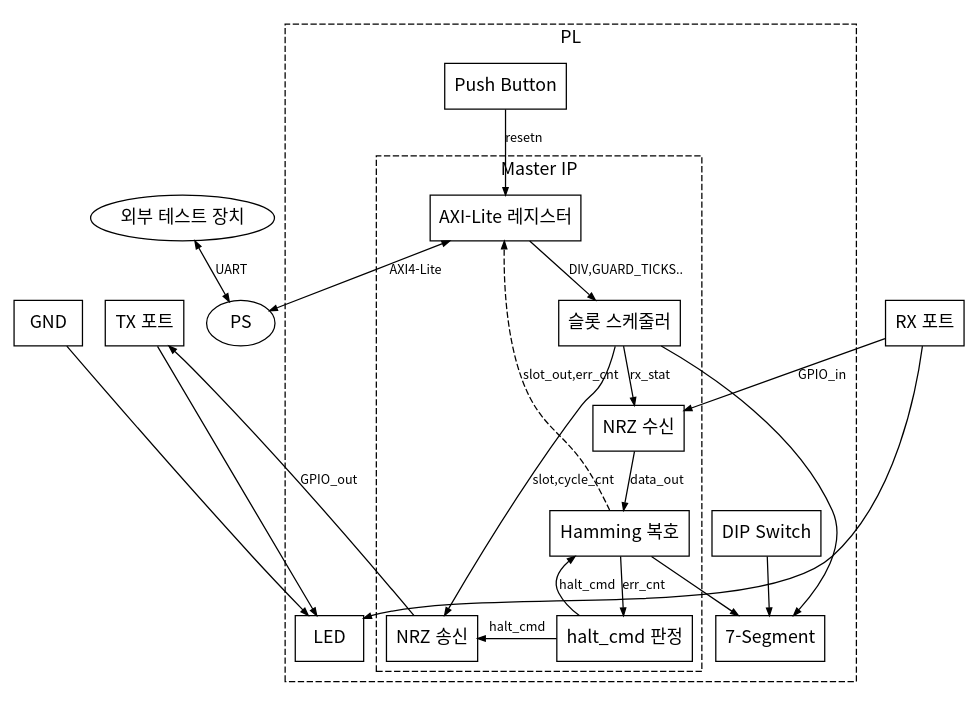
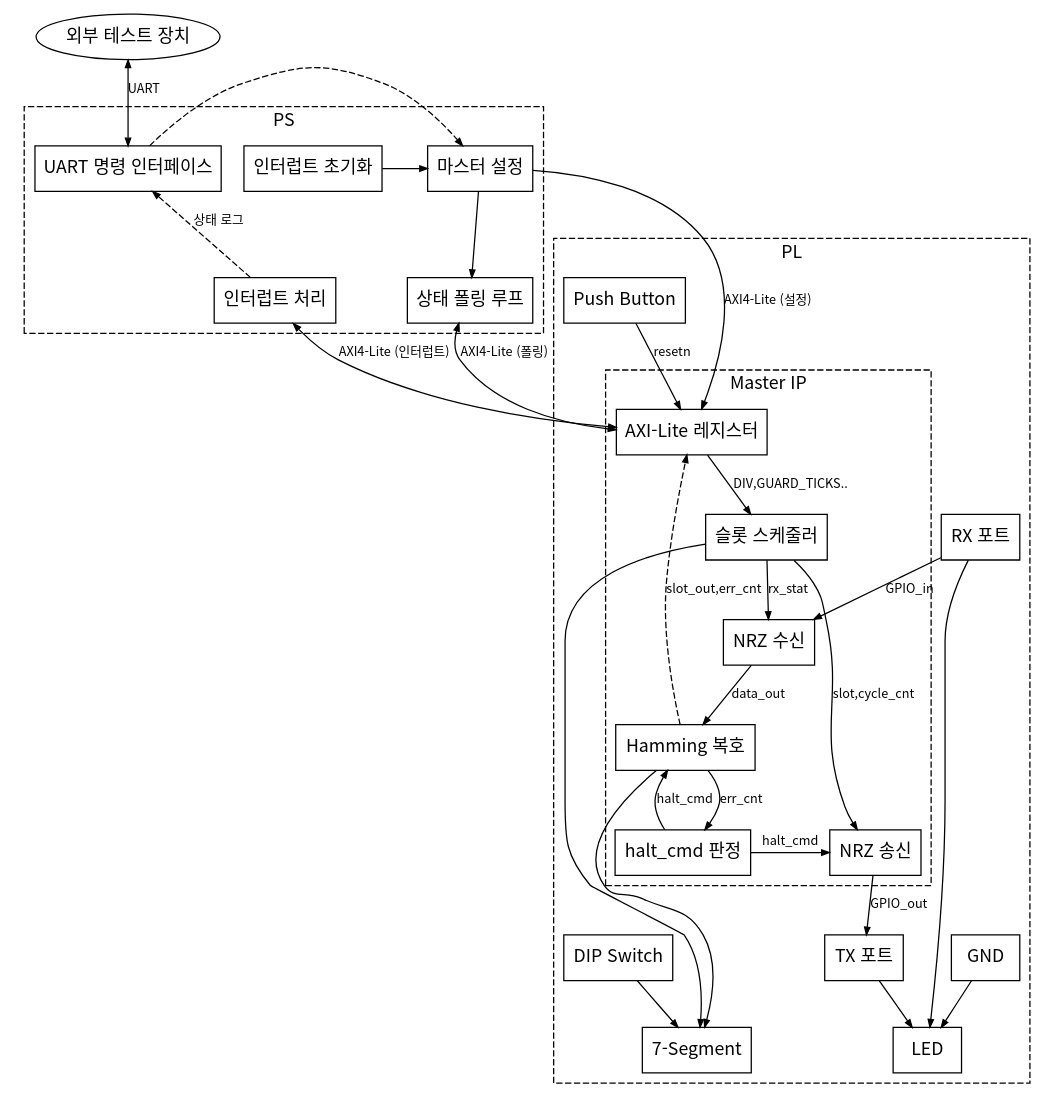
Before and after one commit to Woodong02/SoC_Design_and_Programming: the diagram in diagrams/full_stack.dot, drawn with Graphviz. The commit also changed 1 other file, not shown here.

Commit message:
Add PS-internal dashed block with main.c functional breakdown
PS 내부를 점선 블록으로 표시하고 main.c 분석(에이전트 조사) 기반
5개 기능 블록을 추가: 인터럽트 초기화, 마스터 설정, UART 명령
인터페이스, 인터럽트 처리, 상태 폴링 루프. 디스플레이 관련 경로는
지원 중단되어 제외.

```diff
--- a/diagrams/full_stack.dot
+++ b/diagrams/full_stack.dot
@@ -1,68 +1,88 @@
 digraph G {
     rankdir=TB;
     fontname="Noto Sans CJK KR";
     node [shape=box, fontname="Noto Sans CJK KR", fontsize=14, color=black];
     edge [fontname="Noto Sans CJK KR", fontsize=10, color=black, arrowsize=0.6];
 
     EXT [label="외부 테스트 장치", shape=ellipse];
-    PS  [label="PS", shape=ellipse];
     GND [label="GND"];
     TXP [label="TX 포트"];
     RXP [label="RX 포트"];
 
-    { rank=same; PS; GND; TXP; RXP; }
+    subgraph cluster_ps {
+        label="PS";
+        style=dashed;
+        fontname="Noto Sans CJK KR";
+
+        INIT [label="인터럽트 초기화"];
+        CFG  [label="마스터 설정"];
+        UARTCMD [label="UART 명령 인터페이스"];
+        ISR  [label="인터럽트 처리"];
+        POLL [label="상태 폴링 루프"];
+
+        { rank=same; INIT; CFG; UARTCMD; }
+        { rank=same; ISR; POLL; }
+
+        INIT -> CFG;
+        CFG  -> POLL;
+        UARTCMD -> CFG [style=dashed];
+        ISR  -> UARTCMD [style=dashed, label="상태 로그"];
+    }
+
 
     subgraph cluster_pl {
         label="PL";
         style=dashed;
         fontname="Noto Sans CJK KR";
 
         LED [label="LED"];
         DIP [label="DIP Switch"];
         PB  [label="Push Button"];
         SEG [label="7-Segment"];
 
         subgraph cluster_master {
             label="Master IP";
             style=dashed;
             fontname="Noto Sans CJK KR";
 
             AXI  [label="AXI-Lite 레지스터"];
             SLOT [label="슬롯 스케줄러"];
             RX   [label="NRZ 수신"];
             DEC  [label="Hamming 복호"];
             HALT [label="halt_cmd 판정"];
             TX   [label="NRZ 송신"];
 
             { rank=same; AXI; }
             { rank=same; SLOT; }
             { rank=same; RX; }
             { rank=same; DEC; }
             { rank=same; HALT; TX; }
 
             AXI  -> SLOT [label="DIV,GUARD_TICKS.."];
             SLOT -> RX   [label="rx_stat"];
             RX   -> DEC  [label="data_out"];
             DEC  -> HALT [label="err_cnt"];
             HALT -> TX   [label="halt_cmd"];
             HALT -> DEC  [label="halt_cmd"];
             SLOT -> TX   [label="slot,cycle_cnt"];
             DEC  -> AXI  [label="slot_out,err_cnt", style=dashed];
         }
 
         { rank=same; LED; SEG; }
 
         GND -> LED;
         TXP -> LED;
         RXP -> LED;
         TX  -> TXP [label="GPIO_out"];
         RXP -> RX  [label="GPIO_in"];
         DIP -> SEG;
         SLOT -> SEG;
         DEC  -> SEG;
         PB   -> AXI [label="resetn"];
     }
 
-    EXT -> PS [label="UART", dir=both];
-    PS  -> AXI [label="AXI4-Lite", dir=both];
+    EXT -> UARTCMD [label="UART", dir=both];
+    CFG  -> AXI [label="AXI4-Lite (설정)"];
+    POLL -> AXI [label="AXI4-Lite (폴링)", dir=both];
+    ISR  -> AXI [label="AXI4-Lite (인터럽트)", dir=both];
 }
```
